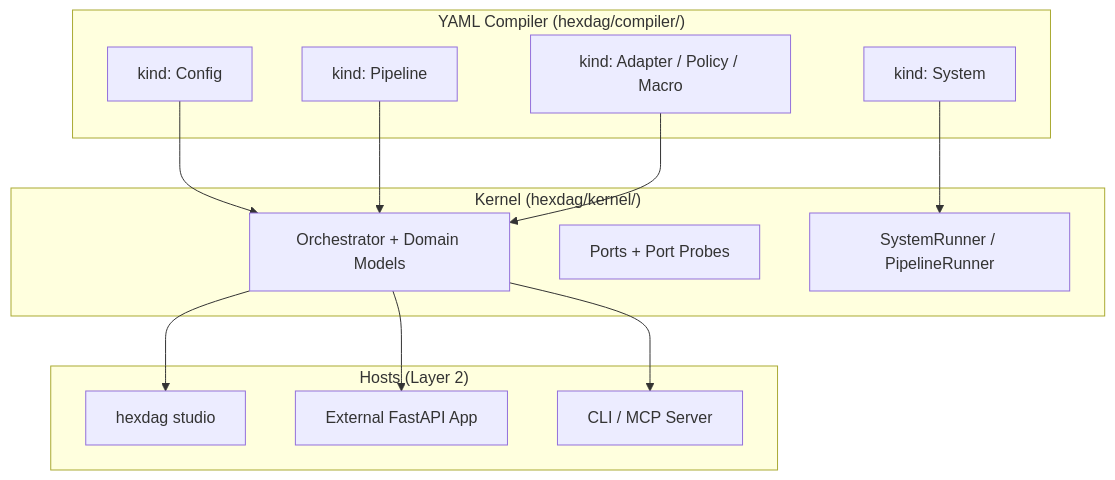
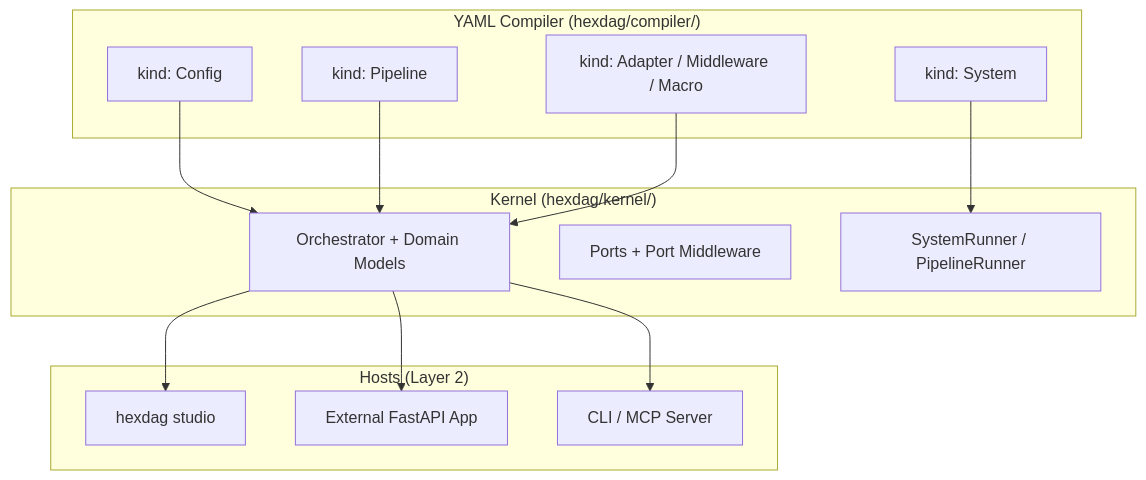
One commit to omniviser/hexDAG changed the diagram in docs/ROADMAP.md. Above: the diagram before and after it, drawn with Mermaid. The commit also changed other lines of this file and 56 other files, not shown here.

First line of the commit message:
feat: Middleware system with port observability and structured output

````diff
--- a/docs/ROADMAP.md
+++ b/docs/ROADMAP.md
@@ -15,29 +15,29 @@
 ```mermaid
 graph TD
     subgraph "YAML Compiler (hexdag/compiler/)"
         A[kind: Config]
         B[kind: Pipeline]
         C[kind: System]
-        D[kind: Adapter / Policy / Macro]
+        D[kind: Adapter / Middleware / Macro]
     end
 
     subgraph "Kernel (hexdag/kernel/)"
         E[Orchestrator + Domain Models]
-        F[Ports + Port Probes]
+        F[Ports + Port Middleware]
         G[SystemRunner / PipelineRunner]
     end
 
     subgraph "Hosts (Layer 2)"
         H[hexdag studio]
         I[External FastAPI App]
         J[CLI / MCP Server]
     end
 
     A --> E
     B --> E
     C --> G
     D --> E
     E --> H
     E --> I
     E --> J
 ```
````
